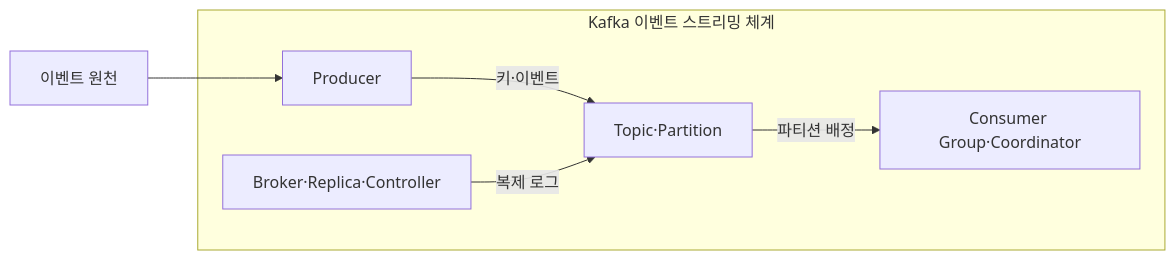
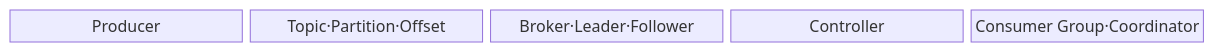
The first of 2 diagrams in src/content/docs/notes/03-software/119_apache_kafka.md (agnusdei1207/knowledge-base), drawn with Mermaid before and after one commit. The commit also changed other lines of this file and 20 other files, not shown here.

````diff
--- a/src/content/docs/notes/03-software/119_apache_kafka.md
+++ b/src/content/docs/notes/03-software/119_apache_kafka.md
@@ -65,14 +61,9 @@
 ```mermaid
-flowchart LR
-    S[이벤트 원천]
-    subgraph K[Kafka 이벤트 스트리밍 체계]
-        P[Producer]
-        T[Topic·Partition]
-        B[Broker·Replica·Controller]
-        G[Consumer Group·Coordinator]
-        P -->|키·이벤트| T
-        B -->|복제 로그| T
-        T -->|파티션 배정| G
-    end
-    S --> P
+block
+  columns 5
+  P["Producer"]
+  T["Topic·Partition·Offset"]
+  B["Broker·Leader·Follower"]
+  C["Controller"]
+  G["Consumer Group·Coordinator"]
 ```
````
